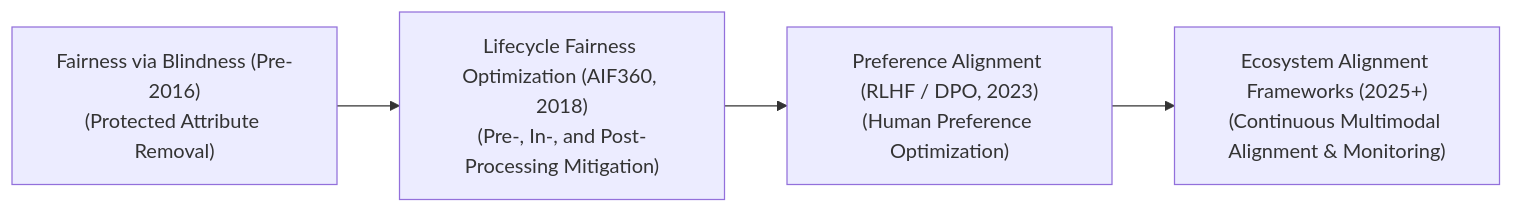
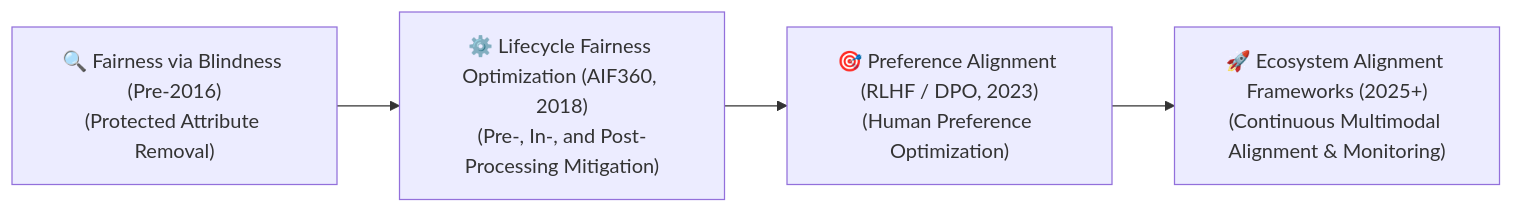
The first of 2 diagrams in README.md (ishandutta2007/Awesome-Bias-Mitigation), drawn with Mermaid before and after one commit. The commit also changed other lines of this file and 1 other file, not shown here.

````diff
--- a/README.md
+++ b/README.md
@@ -13,7 +32,7 @@
 ```mermaid
 flowchart LR
-    A["Fairness via Blindness (Pre-2016)<br/>(Protected Attribute Removal)"]
-    --> B["Lifecycle Fairness Optimization (AIF360, 2018)<br/>(Pre-, In-, and Post-Processing Mitigation)"]
-    --> C["Preference Alignment (RLHF / DPO, 2023)<br/>(Human Preference Optimization)"]
-    --> D["Ecosystem Alignment Frameworks (2025+)<br/>(Continuous Multimodal Alignment & Monitoring)"]
+    A["🔍 Fairness via Blindness (Pre-2016)<br/>(Protected Attribute Removal)"]
+    --> B["⚙️ Lifecycle Fairness Optimization (AIF360, 2018)<br/>(Pre-, In-, and Post-Processing Mitigation)"]
+    --> C["🎯 Preference Alignment (RLHF / DPO, 2023)<br/>(Human Preference Optimization)"]
+    --> D["🚀 Ecosystem Alignment Frameworks (2025+)<br/>(Continuous Multimodal Alignment & Monitoring)"]
 ```
````
